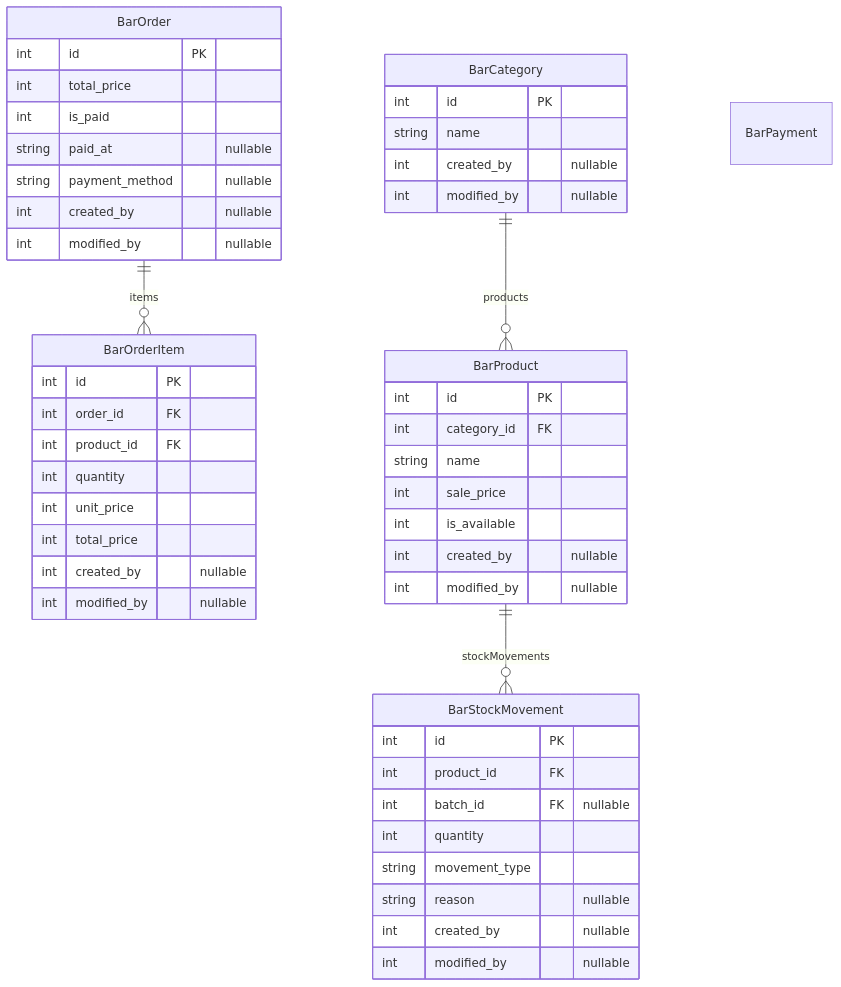
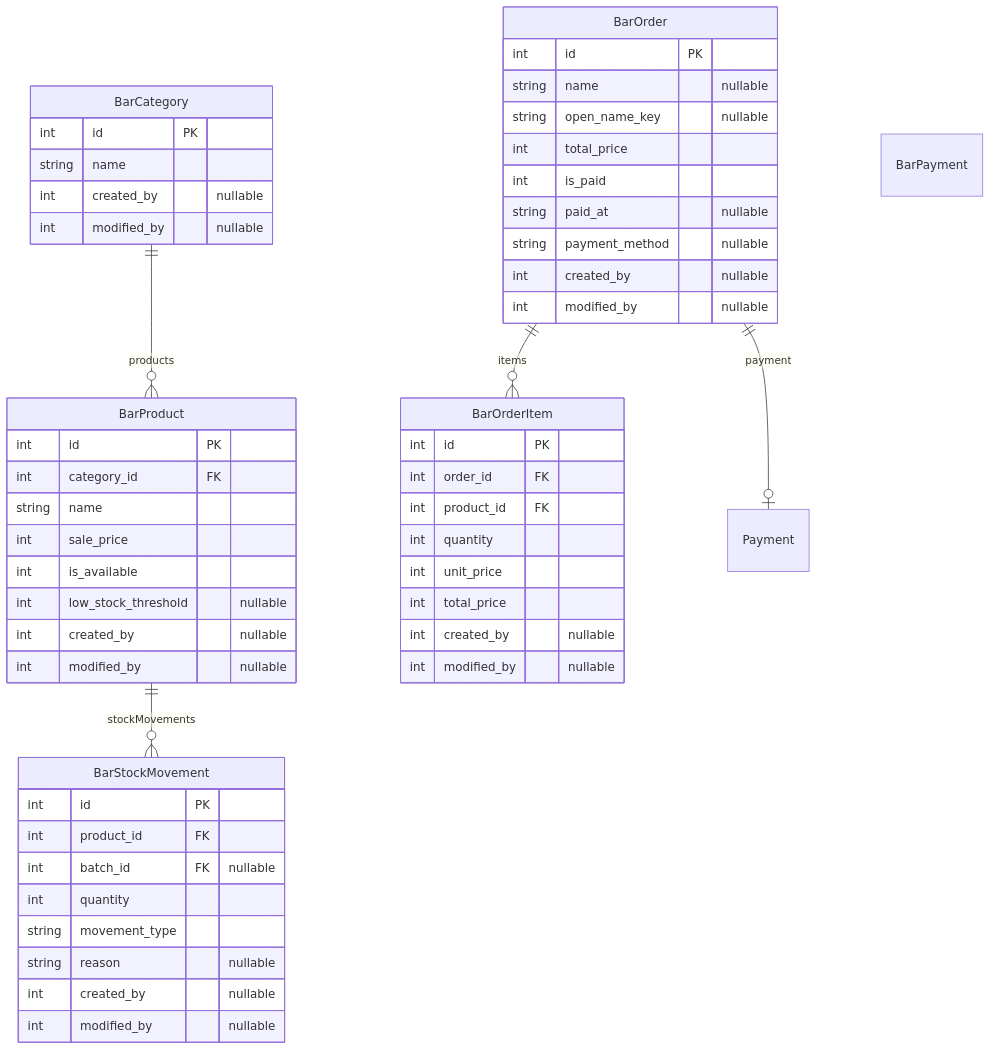
Before and after one commit to Paupoo/tabletennisclub-app: the diagram in docs/erd/bar.md, drawn with Mermaid. The commit also changed 7 other files, not shown here.

````diff
--- a/docs/erd/bar.md
+++ b/docs/erd/bar.md
@@ -3,53 +3,57 @@
 ```mermaid
 erDiagram
     BarCategory {
         int id PK
         string name
         int created_by "nullable"
         int modified_by "nullable"
     }
     BarOrder {
         int id PK
+        string name "nullable"
+        string open_name_key "nullable"
         int total_price
         int is_paid
         string paid_at "nullable"
         string payment_method "nullable"
         int created_by "nullable"
         int modified_by "nullable"
     }
     BarOrderItem {
         int id PK
         int order_id FK
         int product_id FK
         int quantity
         int unit_price
         int total_price
         int created_by "nullable"
         int modified_by "nullable"
     }
     BarPayment {
     }
     BarProduct {
         int id PK
         int category_id FK
         string name
         int sale_price
         int is_available
+        int low_stock_threshold "nullable"
         int created_by "nullable"
         int modified_by "nullable"
     }
     BarStockMovement {
         int id PK
         int product_id FK
         int batch_id FK "nullable"
         int quantity
         string movement_type
         string reason "nullable"
         int created_by "nullable"
         int modified_by "nullable"
     }
 
     BarCategory ||--o{ BarProduct : "products"
     BarOrder ||--o{ BarOrderItem : "items"
+    BarOrder ||--o| Payment : "payment"
     BarProduct ||--o{ BarStockMovement : "stockMovements"
 ```
````
